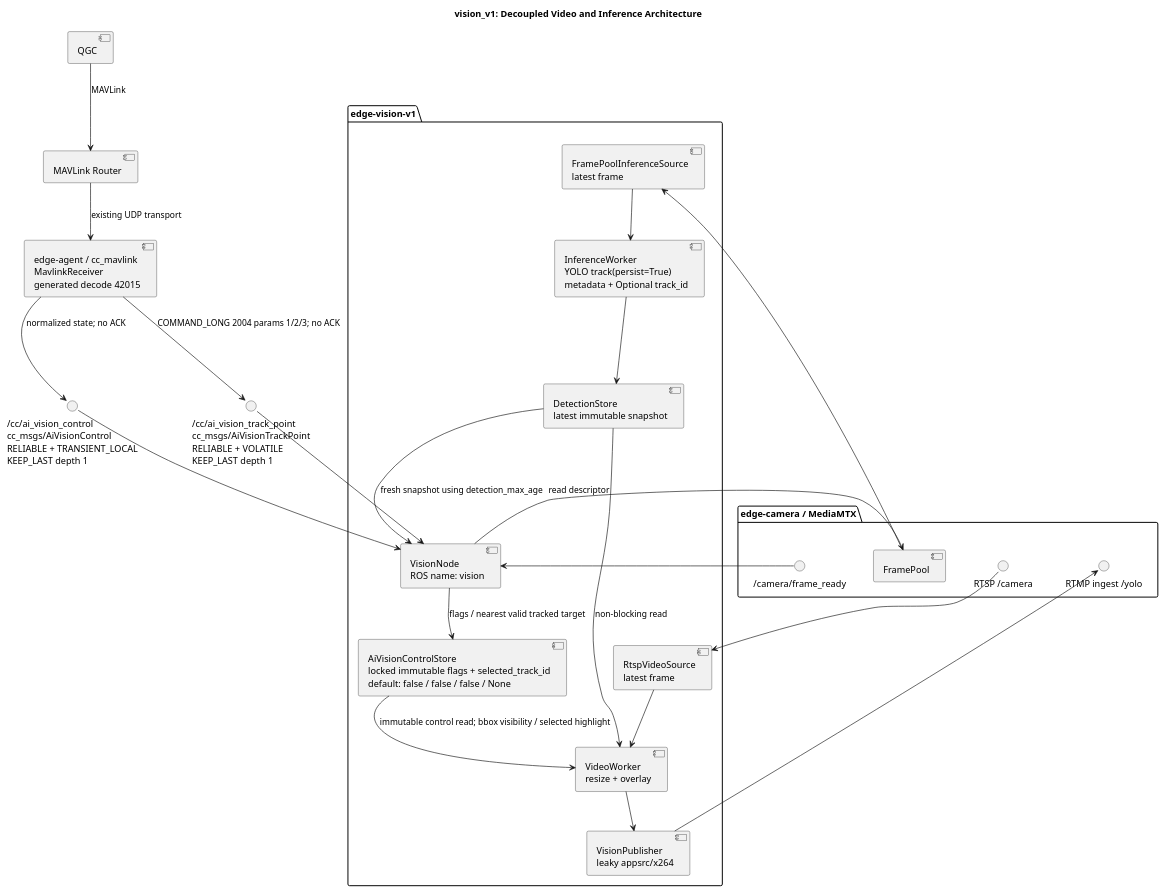
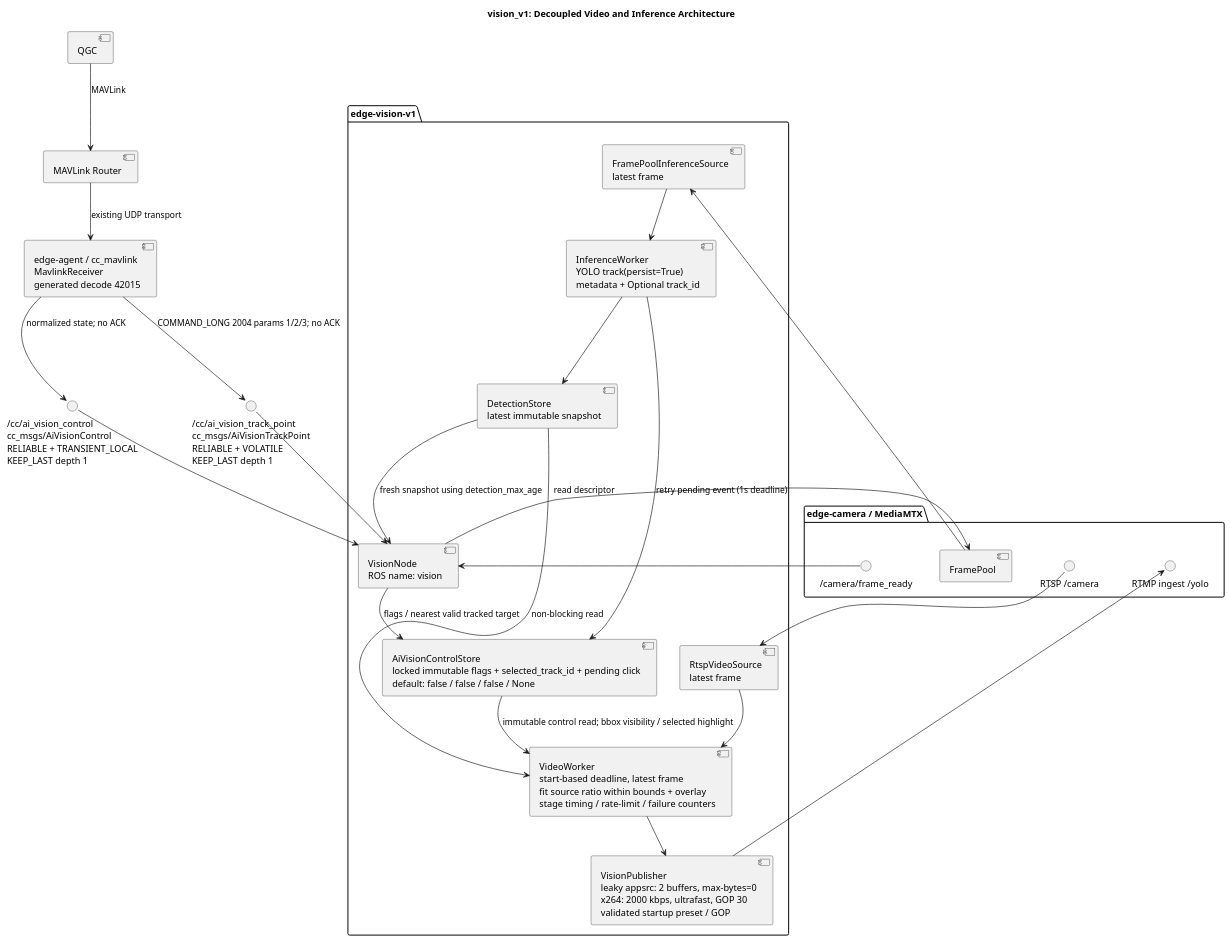
The diagram in src/modules/vision_v1/docs/system.puml (ThongTruong24/THACO_DRONE_CompanionComputer), drawn with PlantUML before and after one commit. The commit also changed 33 other files, not shown here.

```diff
--- a/src/modules/vision_v1/docs/system.puml
+++ b/src/modules/vision_v1/docs/system.puml
@@ -1,49 +1,50 @@
 @startuml vision-v1-system
 title vision_v1: Decoupled Video and Inference Architecture
 
 package "edge-camera / MediaMTX" {
   interface "RTSP /camera" as CameraStream
   interface "RTMP ingest /yolo" as YoloIngest
   component "FramePool" as Pool
   interface "/camera/frame_ready" as FrameReady
 }
 
 package "edge-vision-v1" {
   component "RtspVideoSource\nlatest frame" as RTSP
   component "FramePoolInferenceSource\nlatest frame" as InferenceSource
   component "InferenceWorker\nYOLO track(persist=True)\nmetadata + Optional track_id" as Inference
   component "DetectionStore\nlatest immutable snapshot" as Store
-  component "VideoWorker\nresize + overlay" as Video
-  component "VisionPublisher\nleaky appsrc/x264" as Publisher
+  component "VideoWorker\nstart-based deadline, latest frame\nfit source ratio within bounds + overlay\nstage timing / rate-limit / failure counters" as Video
+  component "VisionPublisher\nleaky appsrc: 2 buffers, max-bytes=0\nx264: 2000 kbps, ultrafast, GOP 30\nvalidated startup preset / GOP" as Publisher
   component "VisionNode\nROS name: vision" as Node
-  component "AiVisionControlStore\nlocked immutable flags + selected_track_id\ndefault: false / false / false / None" as ControlStore
+  component "AiVisionControlStore\nlocked immutable flags + selected_track_id + pending click\ndefault: false / false / false / None" as ControlStore
 }
 
 component "QGC" as QGC
 component "MAVLink Router" as Router
 component "edge-agent / cc_mavlink\nMavlinkReceiver\ngenerated decode 42015" as Receiver
 interface "/cc/ai_vision_control\ncc_msgs/AiVisionControl\nRELIABLE + TRANSIENT_LOCAL\nKEEP_LAST depth 1" as ControlTopic
 interface "/cc/ai_vision_track_point\ncc_msgs/AiVisionTrackPoint\nRELIABLE + VOLATILE\nKEEP_LAST depth 1" as PointTopic
 
 QGC --> Router : MAVLink
 Router --> Receiver : existing UDP transport
 Receiver --> ControlTopic : normalized state; no ACK
 ControlTopic --> Node
 Receiver --> PointTopic : COMMAND_LONG 2004 params 1/2/3; no ACK
 PointTopic --> Node
 Node --> ControlStore : flags / nearest valid tracked target
 Store --> Node : fresh snapshot using detection_max_age
 ControlStore --> Video : immutable control read; bbox visibility / selected highlight
 
 CameraStream --> RTSP
 RTSP --> Video
 FrameReady --> Node
 Node --> Pool : read descriptor
 Pool --> InferenceSource
 InferenceSource --> Inference
+Inference --> ControlStore : retry pending event (1s deadline)
 Inference --> Store
 Store --> Video : non-blocking read
 Video --> Publisher
 Publisher --> YoloIngest
 
 @enduml
```
